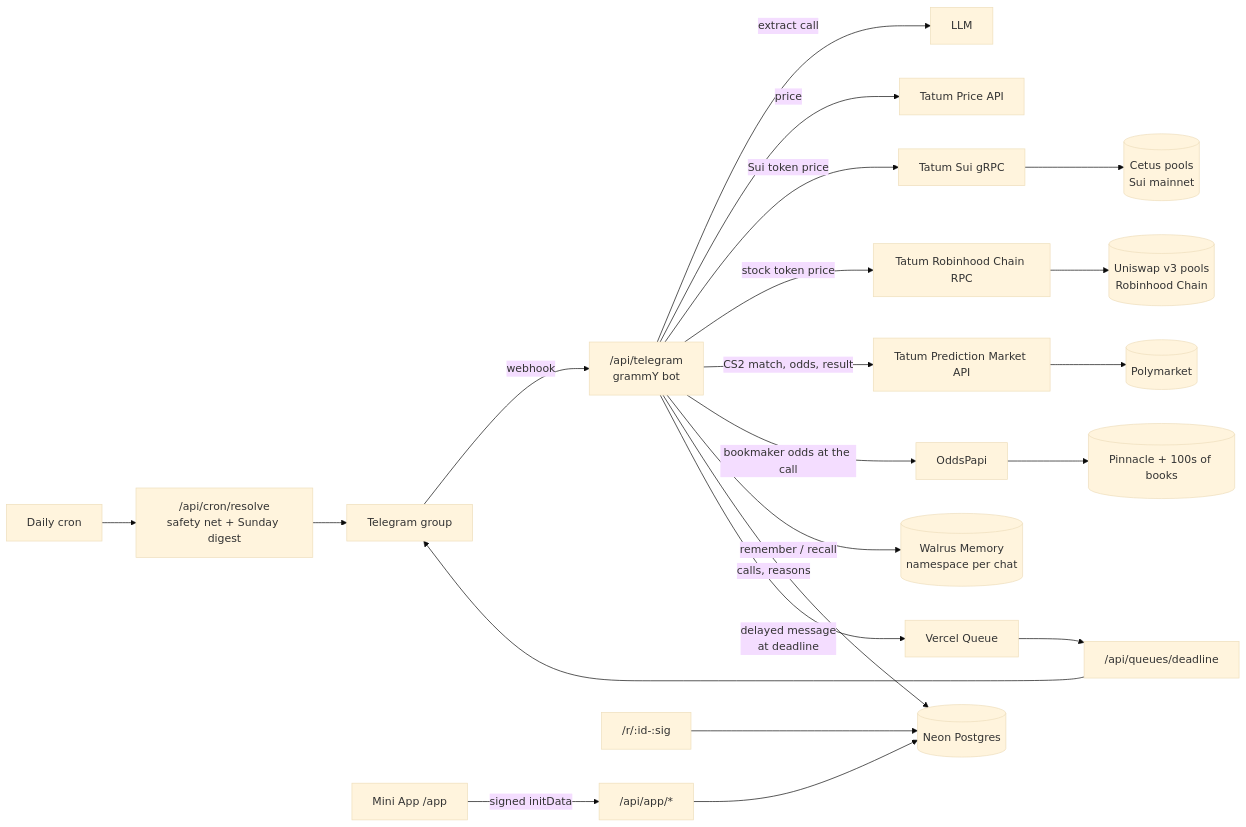
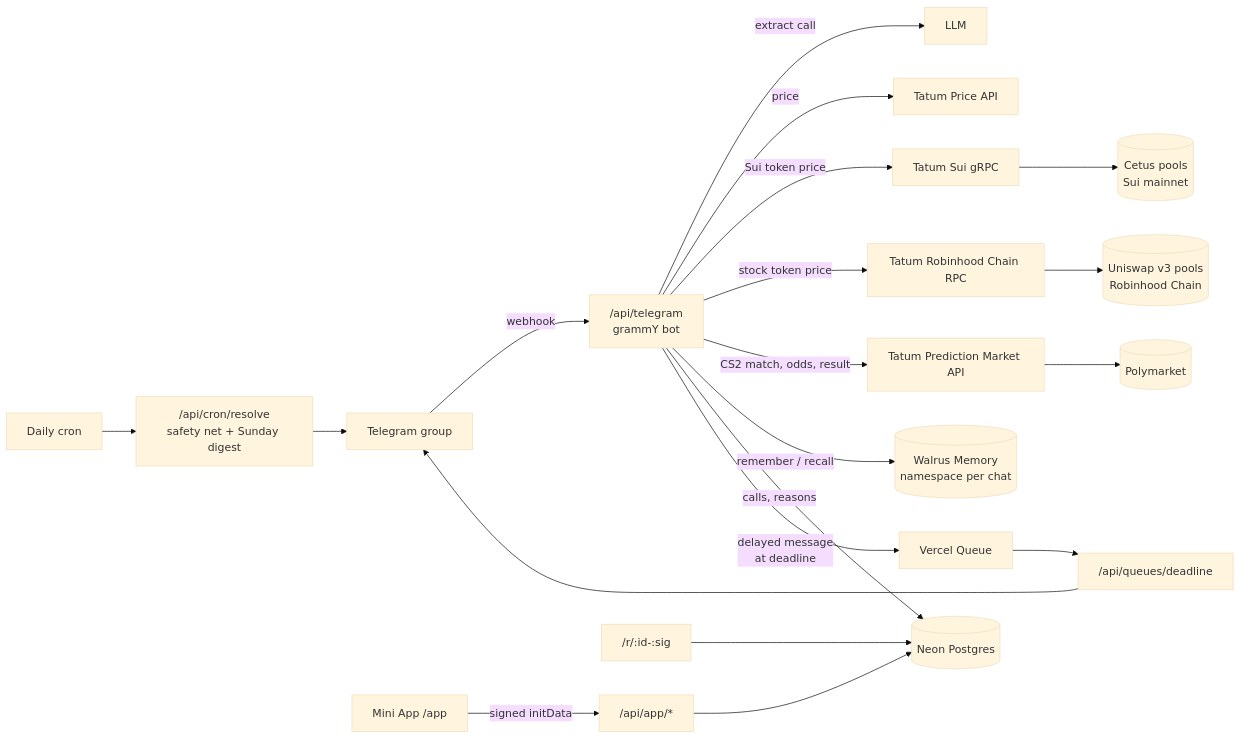
Before and after one commit to stkalper/MyKoll: the diagram in README.md, drawn with Mermaid (base theme). The commit also changed other lines of this file and 1 other file, not shown here.

````diff
--- a/README.md
+++ b/README.md
@@ -269,16 +274,15 @@
 ```mermaid
 flowchart LR
   TG[Telegram group] -- webhook --> BOT["/api/telegram<br/>grammY bot"]
   BOT -- extract call --> LLM[LLM]
   BOT -- price --> TATUM[Tatum Price API]
   BOT -- Sui token price --> GRPC[Tatum Sui gRPC] --> CETUS[(Cetus pools<br/>Sui mainnet)]
   BOT -- stock token price --> RH[Tatum Robinhood Chain RPC] --> UNI[(Uniswap v3 pools<br/>Robinhood Chain)]
   BOT -- CS2 match, odds, result --> PRED[Tatum Prediction Market API] --> PM[(Polymarket)]
-  BOT -- bookmaker odds at the call --> ODDS[OddsPapi] --> BOOKS[(Pinnacle + 100s of books)]
   BOT -- remember / recall --> WALRUS[(Walrus Memory<br/>namespace per chat)]
   BOT -- calls, reasons --> DB[(Neon Postgres)]
   BOT -- delayed message<br/>at deadline --> Q[Vercel Queue] --> SETTLE["/api/queues/deadline"] --> TG
   CRON[Daily cron] --> RESOLVE["/api/cron/resolve<br/>safety net + Sunday digest"] --> TG
   MINI[Mini App /app] -- signed initData --> API["/api/app/*"] --> DB
   SHARE["/r/:id-:sig"] --> DB
 ```
````
